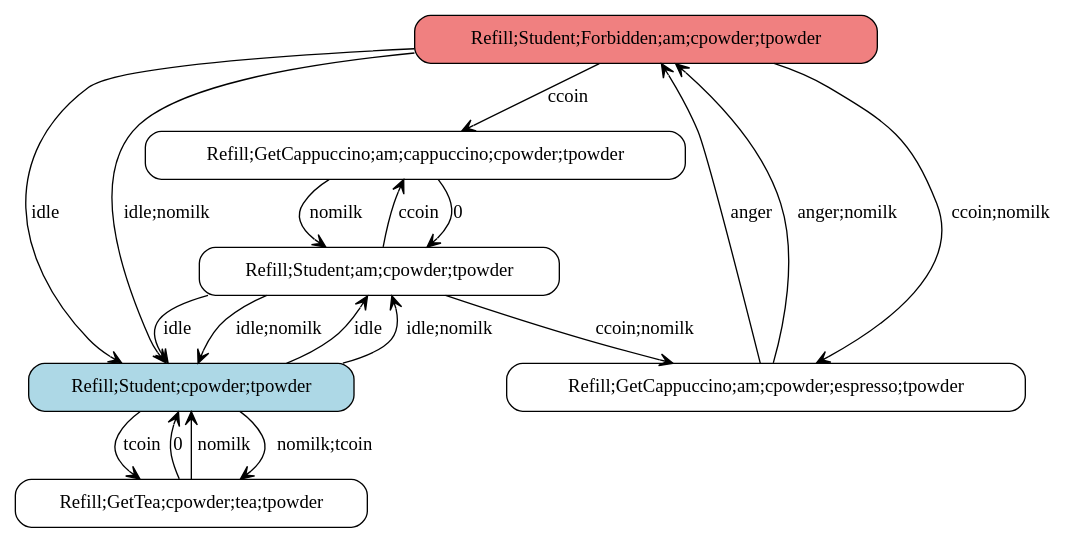
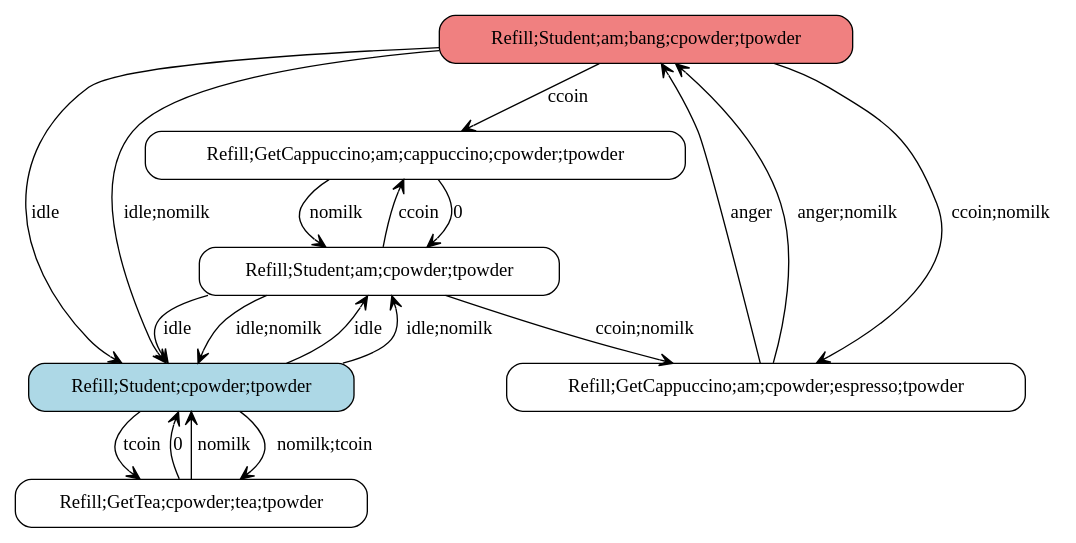
Before and after one commit to rensink/reaction-systems: the diagram in papers/NaturalComputing/figs/toylts.dot, drawn with Graphviz. The commit also changed 5 other files, not shown here.

Commit message:
toy student updated: Forbidden -> bang

```diff
--- a/papers/NaturalComputing/figs/toylts.dot
+++ b/papers/NaturalComputing/figs/toylts.dot
@@ -1,32 +1,32 @@
 digraph G {
 
 node [shape=box, style="filled, rounded"]
 edge [arrowhead = vee]
 
-"refill;student;Forbidden;am;cpowder;tpowder" [ label = "Refill;Student;Forbidden;am;cpowder;tpowder", fillcolor=lightcoral];
+"refill;student;am;bang;cpowder;tpowder" [ label = "Refill;Student;am;bang;cpowder;tpowder", fillcolor=lightcoral];
 "refill;getcappuccino;am;cappuccino;cpowder;tpowder" [ label = "Refill;GetCappuccino;am;cappuccino;cpowder;tpowder", fillcolor=white];
 "refill;getcappuccino;am;cpowder;espresso;tpowder" [ label = "Refill;GetCappuccino;am;cpowder;espresso;tpowder", fillcolor=white];
 "refill;student;am;cpowder;tpowder" [ label = "Refill;Student;am;cpowder;tpowder", fillcolor=white];
 "refill;gettea;cpowder;tea;tpowder" [ label = "Refill;GetTea;cpowder;tea;tpowder", fillcolor=white];
 "refill;student;cpowder;tpowder" [ label = "Refill;Student;cpowder;tpowder", fillcolor=lightblue];
 
 "refill;gettea;cpowder;tea;tpowder" -> "refill;student;cpowder;tpowder" [ label = "0" ];
 "refill;gettea;cpowder;tea;tpowder" -> "refill;student;cpowder;tpowder" [ label = "nomilk" ];
-"refill;student;Forbidden;am;cpowder;tpowder" -> "refill;getcappuccino;am;cappuccino;cpowder;tpowder" [ label = "ccoin" ];
-"refill;student;Forbidden;am;cpowder;tpowder" -> "refill;getcappuccino;am;cpowder;espresso;tpowder" [ label = "ccoin;nomilk" ];
-"refill;student;Forbidden;am;cpowder;tpowder" -> "refill;student;cpowder;tpowder" [ label = "idle" ];
-"refill;student;Forbidden;am;cpowder;tpowder" -> "refill;student;cpowder;tpowder" [ label = "idle;nomilk" ];
-"refill;getcappuccino;am;cpowder;espresso;tpowder" -> "refill;student;Forbidden;am;cpowder;tpowder" [ label = "anger" ];
-"refill;getcappuccino;am;cpowder;espresso;tpowder" -> "refill;student;Forbidden;am;cpowder;tpowder" [ label = "anger;nomilk" ];
+"refill;student;am;bang;cpowder;tpowder" -> "refill;getcappuccino;am;cappuccino;cpowder;tpowder" [ label = "ccoin" ];
+"refill;student;am;bang;cpowder;tpowder" -> "refill;getcappuccino;am;cpowder;espresso;tpowder" [ label = "ccoin;nomilk" ];
+"refill;student;am;bang;cpowder;tpowder" -> "refill;student;cpowder;tpowder" [ label = "idle" ];
+"refill;student;am;bang;cpowder;tpowder" -> "refill;student;cpowder;tpowder" [ label = "idle;nomilk" ];
+"refill;getcappuccino;am;cpowder;espresso;tpowder" -> "refill;student;am;bang;cpowder;tpowder" [ label = "anger" ];
+"refill;getcappuccino;am;cpowder;espresso;tpowder" -> "refill;student;am;bang;cpowder;tpowder" [ label = "anger;nomilk" ];
 "refill;getcappuccino;am;cappuccino;cpowder;tpowder" -> "refill;student;am;cpowder;tpowder" [ label = "0" ];
 "refill;getcappuccino;am;cappuccino;cpowder;tpowder" -> "refill;student;am;cpowder;tpowder" [ label = "nomilk" ];
 "refill;student;am;cpowder;tpowder" -> "refill;getcappuccino;am;cappuccino;cpowder;tpowder" [ label = "ccoin" ];
 "refill;student;am;cpowder;tpowder" -> "refill;getcappuccino;am;cpowder;espresso;tpowder" [ label = "ccoin;nomilk" ];
 "refill;student;am;cpowder;tpowder" -> "refill;student;cpowder;tpowder" [ label = "idle" ];
 "refill;student;am;cpowder;tpowder" -> "refill;student;cpowder;tpowder" [ label = "idle;nomilk" ];
 "refill;student;cpowder;tpowder" -> "refill;student;am;cpowder;tpowder" [ label = "idle" ];
 "refill;student;cpowder;tpowder" -> "refill;student;am;cpowder;tpowder" [ label = "idle;nomilk" ];
 "refill;student;cpowder;tpowder" -> "refill;gettea;cpowder;tea;tpowder" [ label = "nomilk;tcoin" ];
 "refill;student;cpowder;tpowder" -> "refill;gettea;cpowder;tea;tpowder" [ label = "tcoin" ];
 
 }
```
